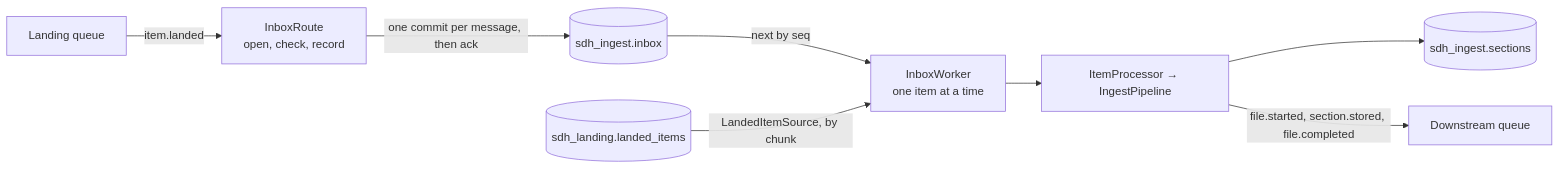
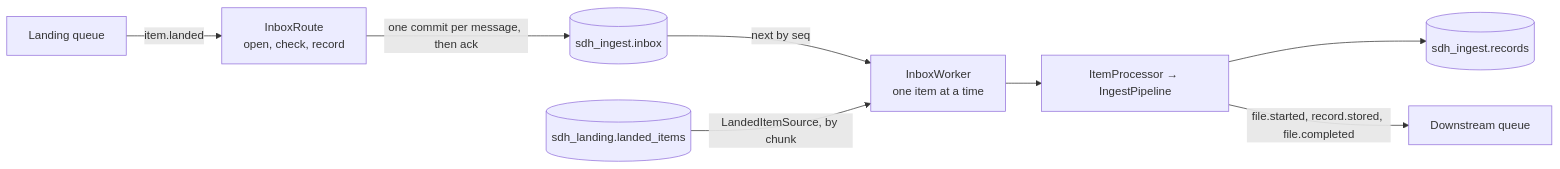
The third of 3 diagrams in docs/DESIGN.md (BandedHawk/healthcare-source-connectors), drawn with Mermaid before and after one commit. The commit also changed other lines of this file and 272 other files, not shown here.

````diff
--- a/docs/DESIGN.md
+++ b/docs/DESIGN.md
@@ -713,10 +719,10 @@
 ```mermaid
 flowchart LR
   Q[Landing queue] -->|item.landed| R[InboxRoute<br/>open, check, record]
   R -->|one commit per message, then ack| I[(sdh_ingest.inbox)]
   I -->|next by seq| W[InboxWorker<br/>one item at a time]
   T[(sdh_landing.landed_items)] -->|LandedItemSource, by chunk| W
   W --> P[ItemProcessor → IngestPipeline]
-  P --> U[(sdh_ingest.sections)]
-  P -->|file.started, section.stored, file.completed| D[Downstream queue]
+  P --> U[(sdh_ingest.records)]
+  P -->|file.started, record.stored, file.completed| D[Downstream queue]
 ```
````
